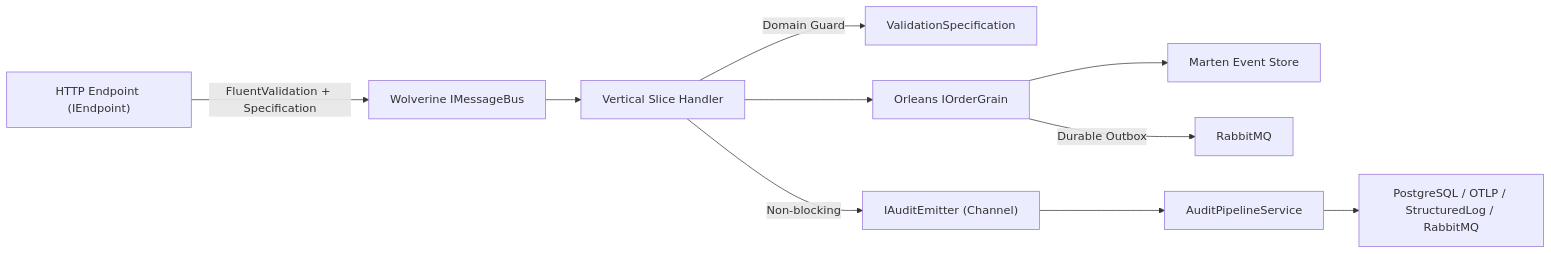
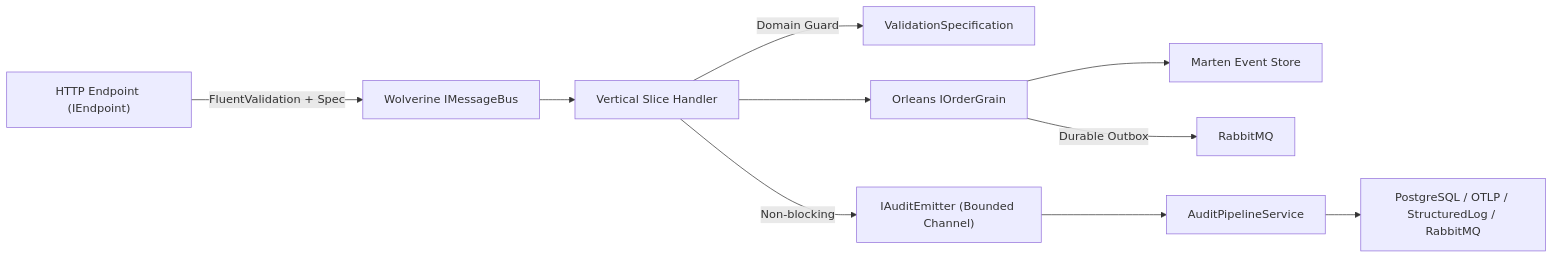
One commit to salarvand/Palantir changed the second of 2 diagrams in docs/architecture/README.md. Above: the diagram before and after it, drawn with Mermaid. The commit also changed other lines of this file and 11 other files, not shown here.

````diff
--- a/docs/architecture/README.md
+++ b/docs/architecture/README.md
@@ -56,12 +58,12 @@
 ```mermaid
-flowchart LR
-    HTTP["HTTP Endpoint (IEndpoint)"] -->|FluentValidation + Specification| Bus["Wolverine IMessageBus"]
+graph LR
+    HTTP["HTTP Endpoint (IEndpoint)"] -->|FluentValidation + Spec| Bus["Wolverine IMessageBus"]
     Bus --> Handler["Vertical Slice Handler"]
-    Handler -->|Domain Guard| Spec["ValidationSpecification<T>"]
-    Handler -->|Non-blocking| AuditChan["IAuditEmitter (Channel<AuditEntry>)"]
+    Handler -->|Domain Guard| Spec["ValidationSpecification"]
+    Handler -->|Non-blocking| AuditChan["IAuditEmitter (Bounded Channel)"]
     Handler --> Grain["Orleans IOrderGrain"]
     Grain --> Marten["Marten Event Store"]
     Grain -->|Durable Outbox| RMQ["RabbitMQ"]
     AuditChan --> Pipeline["AuditPipelineService"]
     Pipeline --> Sinks["PostgreSQL / OTLP / StructuredLog / RabbitMQ"]
 ```
````
